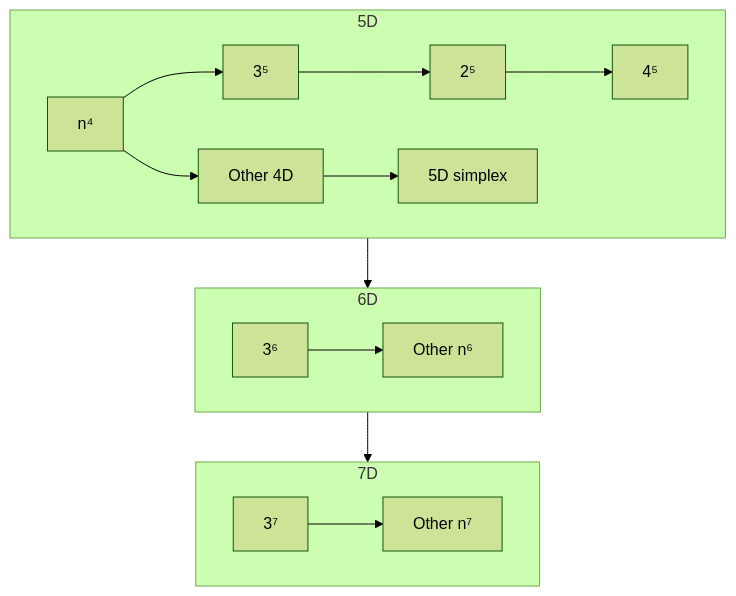
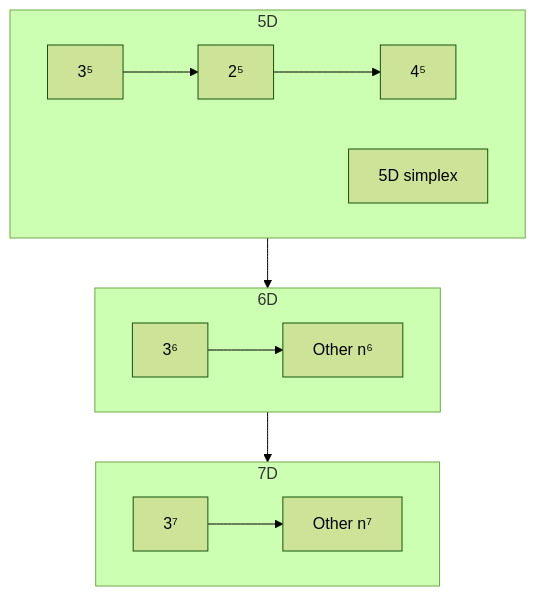
One commit to Hypercubers/hypercubing.xyz changed the fourth of 4 diagrams in docs/progression.md. Above: the diagram before and after it, drawn with Mermaid (forest theme). The commit also changed other lines of this file, not shown here.

````diff
--- a/docs/progression.md
+++ b/docs/progression.md
@@ -93,28 +98,25 @@
 ```mermaid
 flowchart TD
     subgraph 5D
     direction LR
-    A["n⁴"]
     B["3⁵"]
     C["2⁵"]
     D["4⁵"]
-    E[Other 4D]
     F[5D simplex]
-    A --> B --> C --> D
-    E --> F
-    A --> E
+    B --> C --> D
+    F
     end
     subgraph 6D
     direction LR
     G["3⁶"]
     H["Other n⁶"]
     G --> H
     end
     subgraph 7D
     direction LR
     V["3⁷"]
     Q["Other n⁷"]
     V --> Q
     end
     5D --> 6D --> 7D
 ```
````
